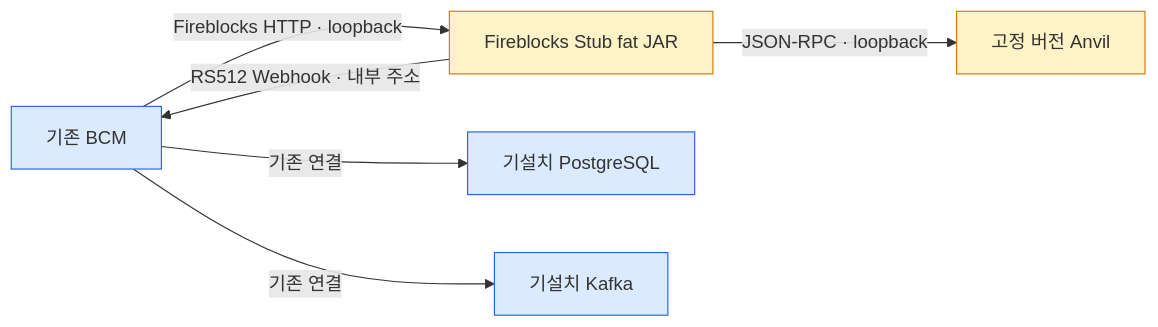
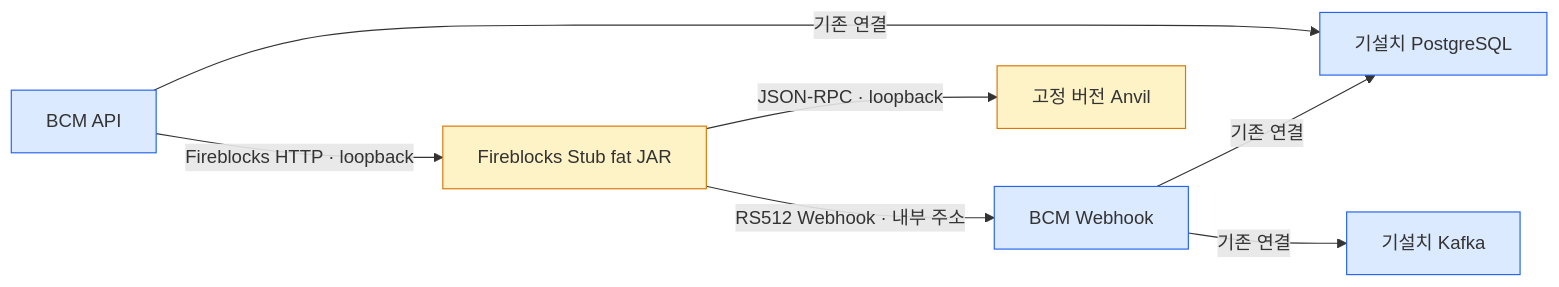
The diagram in blockchain-manager/docs/BC/설계/10-local-fireblocks-integration.md (eunsujeo/eunpus), drawn with Mermaid before and after one commit. The commit also changed other lines of this file and 5 other files, not shown here.

Commit message:
BCM API 와 BCM Webhook 프로세스 분리를 설계 문서에 반영

````diff
--- a/blockchain-manager/docs/BC/설계/10-local-fireblocks-integration.md
+++ b/blockchain-manager/docs/BC/설계/10-local-fireblocks-integration.md
@@ -246,13 +246,14 @@
 ```mermaid
 flowchart LR
-  BCM["기존 BCM"] -->|"Fireblocks HTTP · loopback"| STUB["Fireblocks Stub fat JAR"]
-  BCM -->|"기존 연결"| PG["기설치 PostgreSQL"]
-  BCM -->|"기존 연결"| KAFKA["기설치 Kafka"]
+  API["BCM API"] -->|"Fireblocks HTTP · loopback"| STUB["Fireblocks Stub fat JAR"]
+  API -->|"기존 연결"| PG["기설치 PostgreSQL"]
+  WH["BCM Webhook"] -->|"기존 연결"| PG
+  WH -->|"기존 연결"| KAFKA["기설치 Kafka"]
   STUB -->|"JSON-RPC · loopback"| ANVIL["고정 버전 Anvil"]
-  STUB -->|"RS512 Webhook · 내부 주소"| BCM
+  STUB -->|"RS512 Webhook · 내부 주소"| WH
 
   classDef ours fill:#dbeafe,stroke:#2563eb
   classDef local fill:#fef3c7,stroke:#d97706
-  class BCM,PG,KAFKA ours
+  class API,WH,PG,KAFKA ours
   class STUB,ANVIL local
 ```
````
